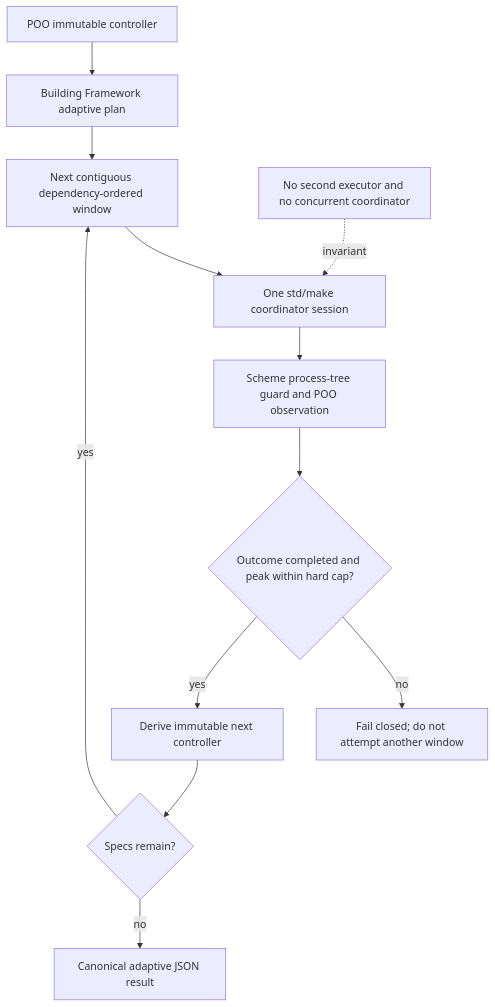
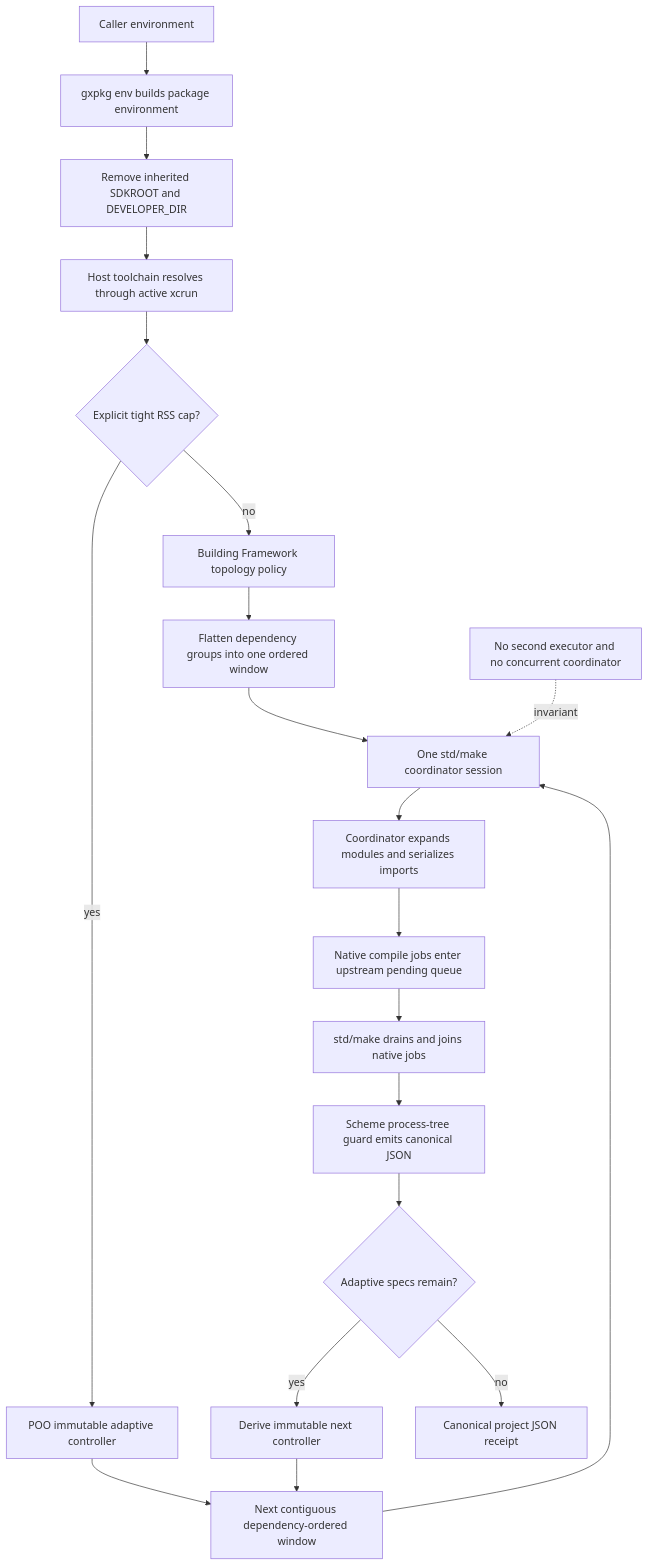
The second of 2 diagrams in docs/10-19-design/10.06-poo-module-system/147-adaptive-scheme-build-guard.org (tao3k/poo-flow), drawn with Mermaid before and after one commit. The commit also changed other lines of this file and 5 other files, not shown here.

```diff
--- a/docs/10-19-design/10.06-poo-module-system/147-adaptive-scheme-build-guard.org
+++ b/docs/10-19-design/10.06-poo-module-system/147-adaptive-scheme-build-guard.org
@@ -286,14 +359,22 @@
 #+begin_src mermaid
 flowchart TD
-  C["POO immutable controller"] --> P["Building Framework adaptive plan"]
-  P --> W["Next contiguous dependency-ordered window"]
-  W --> M["One std/make coordinator session"]
-  M --> G["Scheme process-tree guard and POO observation"]
-  G --> Q{"Outcome completed and peak within hard cap?"}
-  Q -->|"no"| F["Fail closed; do not attempt another window"]
-  Q -->|"yes"| N["Derive immutable next controller"]
-  N --> R{"Specs remain?"}
-  R -->|"yes"| W
-  R -->|"no"| J["Canonical adaptive JSON result"]
-  X["No second executor and no concurrent coordinator"] -. invariant .-> M
+  E["Caller environment"] --> X["gxpkg env builds package environment"]
+  X --> T["Remove inherited SDKROOT and DEVELOPER_DIR"]
+  T --> H["Host toolchain resolves through active xcrun"]
+  H --> P{"Explicit tight RSS cap?"}
+  P -->|"no"| TP["Building Framework topology policy"]
+  TP --> F["Flatten dependency groups into one ordered window"]
+  P -->|"yes"| AP["POO immutable adaptive controller"]
+  AP --> W["Next contiguous dependency-ordered window"]
+  F --> M["One std/make coordinator session"]
+  W --> M
+  M --> I["Coordinator expands modules and serializes imports"]
+  I --> Q["Native compile jobs enter upstream pending queue"]
+  Q --> D["std/make drains and joins native jobs"]
+  D --> G["Scheme process-tree guard emits canonical JSON"]
+  G --> C{"Adaptive specs remain?"}
+  C -->|"yes"| N["Derive immutable next controller"]
+  N --> W
+  C -->|"no"| R["Canonical project JSON receipt"]
+  Z["No second executor and no concurrent coordinator"] -. invariant .-> M
 #+end_src
```
